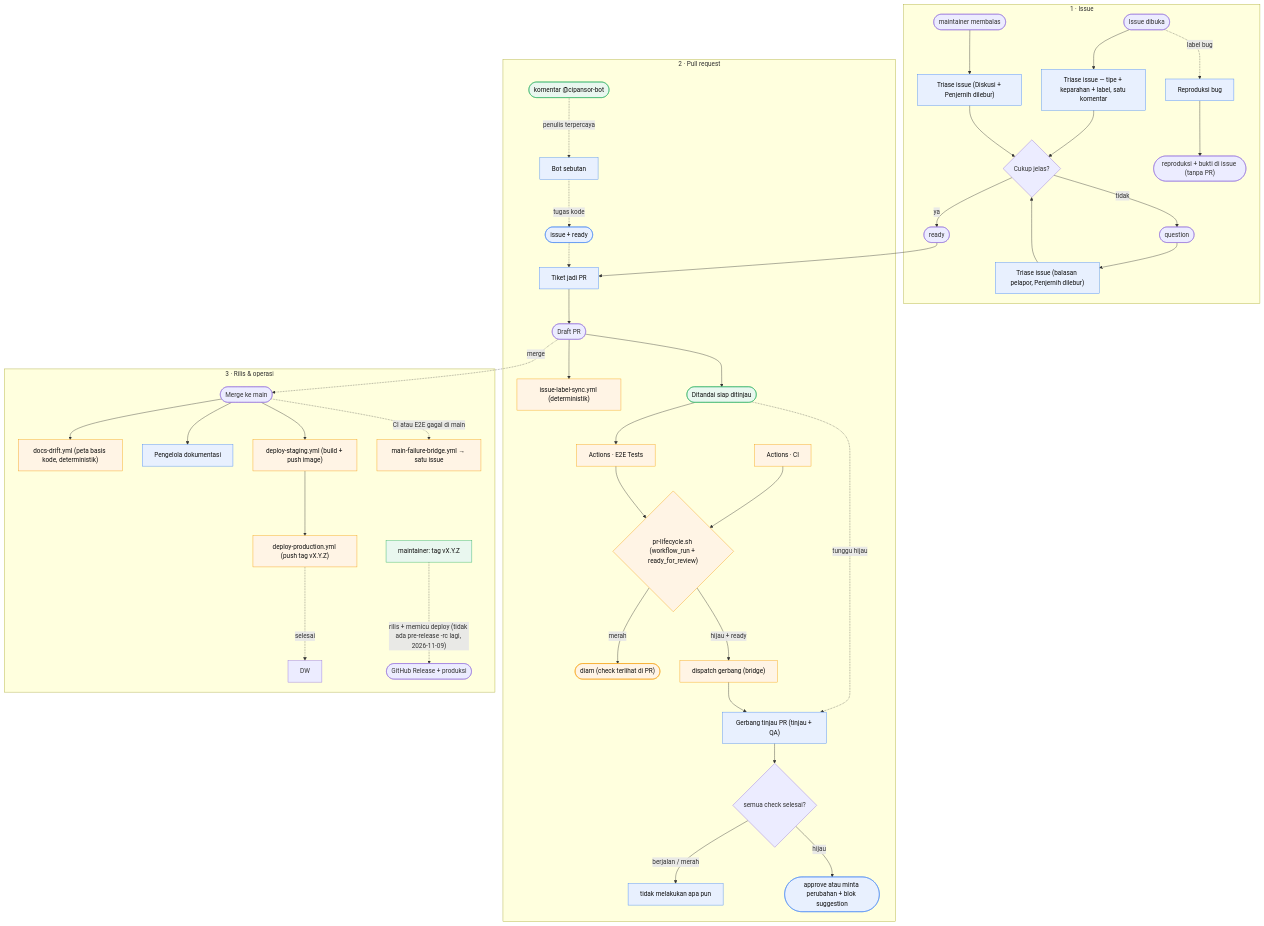
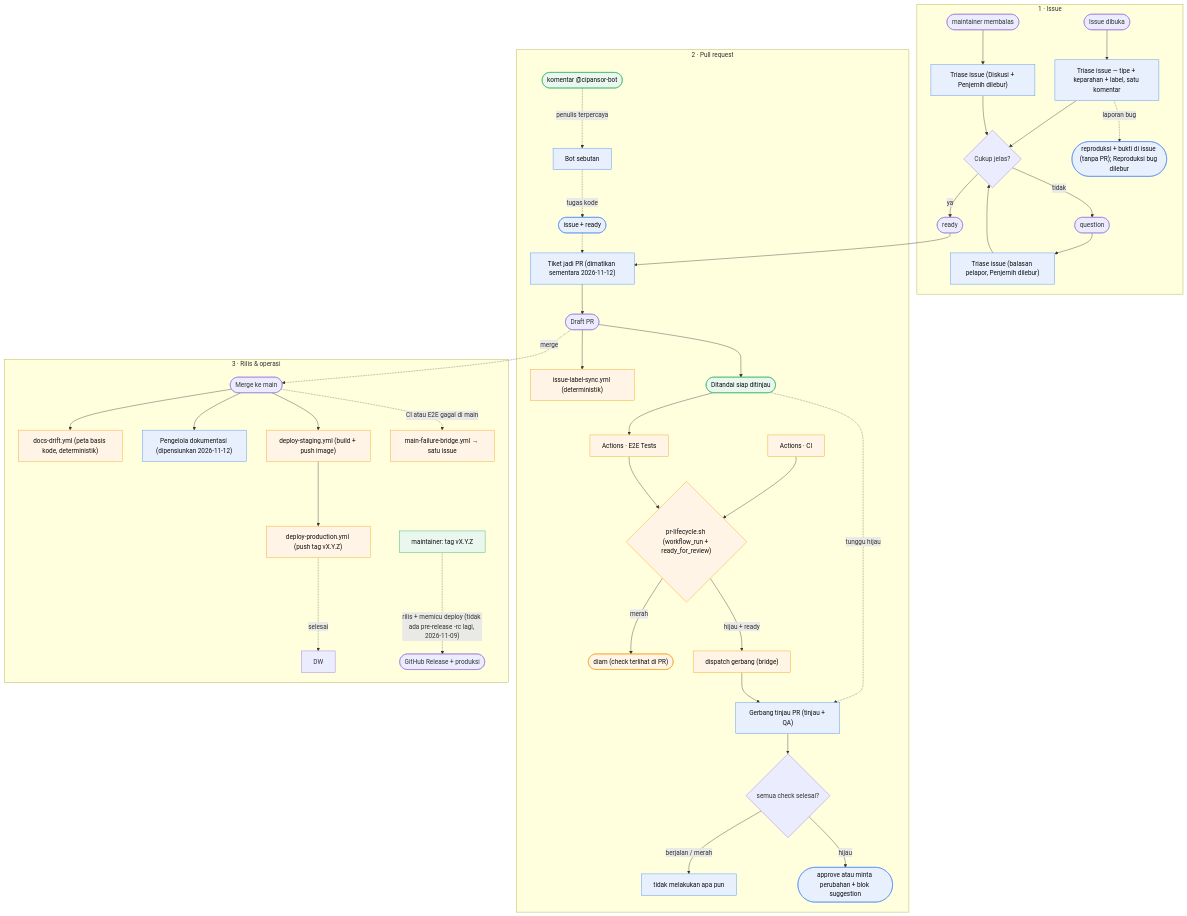
The second of 6 diagrams in docs/SDLC-FLOW.md (cipansor/cipansor), drawn with Mermaid before and after one commit. The commit also changed other lines of this file and 4 other files, not shown here.

````diff
--- a/docs/SDLC-FLOW.md
+++ b/docs/SDLC-FLOW.md
@@ -491,46 +493,45 @@
 ```mermaid
 flowchart TB
   classDef cloud fill:#e8f0fe,stroke:#4285f4,color:#111;
   classDef gh fill:#fff4e5,stroke:#f59e0b,color:#111;
   classDef human fill:#e9f7ef,stroke:#27ae60,color:#111;
 
   subgraph ISSUE["1 · Issue"]
     I([Issue dibuka]) --> C3["Triase issue — tipe + keparahan + label, satu komentar"]:::cloud
     C3 --> D{"Cukup jelas?"}
     D -- ya --> R(["ready"])
     D -- tidak --> NI(["question"])
     NI --> C16["Triase issue (balasan pelapor, Penjernih dilebur)"]:::cloud --> D
     PM(["maintainer membalas"]) --> C15["Triase issue (Diskusi + Penjernih dilebur)"]:::cloud --> D
-    I -. "label bug" .-> C5["Reproduksi bug"]:::cloud
-    C5 --> BUG(["reproduksi + bukti di issue (tanpa PR)"])
+    C3 -. "laporan bug" .-> BUG(["reproduksi + bukti di issue (tanpa PR); Reproduksi bug dilebur"]):::cloud
   end
 
   subgraph PRL["2 · Pull request"]
-    R --> C6["Tiket jadi PR"]:::cloud --> DPR([Draft PR])
+    R --> C6["Tiket jadi PR (dimatikan sementara 2026-11-12)"]:::cloud --> DPR([Draft PR])
     MENT(["komentar @cipansor-bot"]):::human -. "penulis terpercaya" .-> C7["Bot sebutan"]:::cloud
     C7 -. "tugas kode" .-> BOT(["issue + ready"]):::cloud -.-> C6
     DPR --> C17["issue-label-sync.yml (deterministik)"]:::gh
     DPR --> RDY(["Ditandai siap ditinjau"]):::human
     RDY -. "tunggu hijau" .-> C18["Gerbang tinjau PR (tinjau + QA)"]:::cloud
     RDY --> GAE["Actions · E2E Tests"]:::gh
     GAC["Actions · CI"]:::gh --> LC{"pr-lifecycle.sh (workflow_run + ready_for_review)"}:::gh
     GAE --> LC
     LC -- "merah" --> RQ(["diam (check terlihat di PR)"]):::gh
     LC -- "hijau + ready" --> DISP["dispatch gerbang (bridge)"]:::gh --> C18
     C18 --> DEC{"semua check selesai?"}
     DEC -- "berjalan / merah" --> NO["tidak melakukan apa pun"]:::cloud
     DEC -- hijau --> AP(["approve atau minta perubahan + blok suggestion"]):::cloud
   end
 
   subgraph REL["3 · Rilis & operasi"]
     DPR -. merge .-> MG([Merge ke main])
     MG --> C3B["docs-drift.yml (peta basis kode, deterministik)"]:::gh
-    MG --> C14["Pengelola dokumentasi"]:::cloud
+    MG --> C14["Pengelola dokumentasi (dipensiunkan 2026-11-12)"]:::cloud
     MG --> STG["deploy-staging.yml (build + push image)"]:::gh
     STG --> PROD["deploy-production.yml (push tag vX.Y.Z)"]:::gh
     PROD -. "selesai" .-> DW
     MG -. "CI atau E2E gagal di main" .-> BR["main-failure-bridge.yml → satu issue"]:::gh
     C13["maintainer: tag vX.Y.Z"]:::human
     C13 -. "rilis + memicu deploy (tidak ada pre-release -rc lagi, 2026-11-09)" .-> REL2(["GitHub Release + produksi"])
   end
 ```
````
